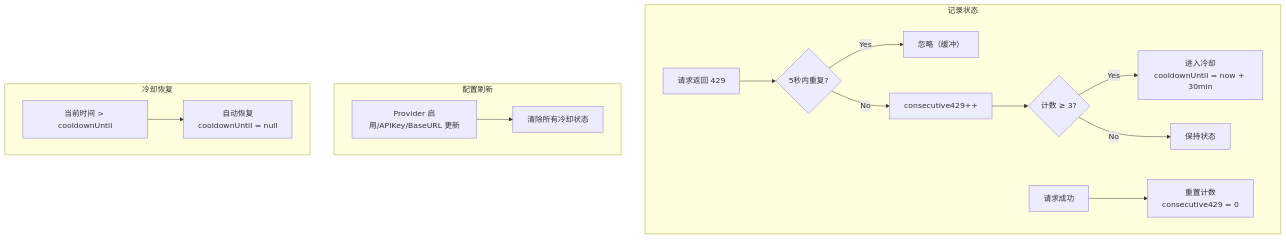
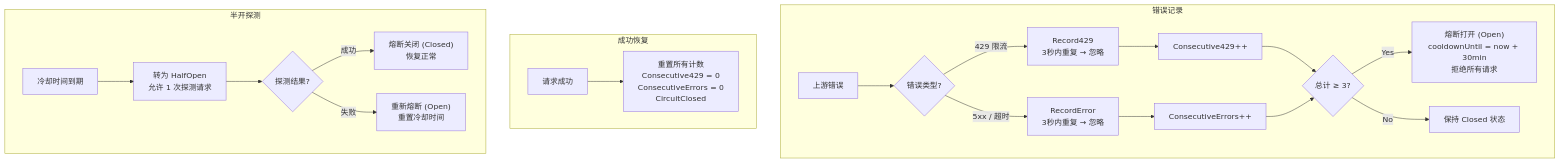
One commit to aaro-n/AI-Gateway changed the third of 4 diagrams in README.md. Above: the diagram before and after it, drawn with Mermaid. The commit also changed other lines of this file, not shown here.

First line of the commit message:
docs: fix '工作原理' diagrams to match actual code

````diff
--- a/README.md
+++ b/README.md
@@ -168,21 +163,25 @@
 ```mermaid
 flowchart TD
-    subgraph 记录状态
-        A["请求返回 429"] --> B{"5秒内重复?"}
-        B -->|"Yes"| C["忽略（缓冲）"]
-        B -->|"No"| D["consecutive429++"]
-        D --> E{"计数 ≥ 3?"}
-        E -->|"Yes"| F["进入冷却<br/>cooldownUntil = now + 30min"]
-        E -->|"No"| G["保持状态"]
-
-        H["请求成功"] --> I["重置计数<br/>consecutive429 = 0"]
+    subgraph 错误记录
+        A["上游错误"] --> A1{"错误类型?"}
+        A1 -->|"429 限流"| A2["Record429<br/>3秒内重复 → 忽略"]
+        A1 -->|"5xx / 超时"| A3["RecordError<br/>3秒内重复 → 忽略"]
+        A2 --> B["Consecutive429++"]
+        A3 --> C["ConsecutiveErrors++"]
+        B --> D{"总计 ≥ 3?"}
+        C --> D
+        D -->|"Yes"| E["熔断打开 (Open)<br/>cooldownUntil = now + 30min<br/>拒绝所有请求"]
+        D -->|"No"| G["保持 Closed 状态"]
     end
 
-    subgraph 配置刷新
-        J["Provider 启用/APIKey/BaseURL 更新"] --> K["清除所有冷却状态"]
+    subgraph 成功恢复
+        H["请求成功"] --> I["重置所有计数<br/>Consecutive429 = 0<br/>ConsecutiveErrors = 0<br/>CircuitClosed"]
     end
 
-    subgraph 冷却恢复
-        L["当前时间 > cooldownUntil"] --> M["自动恢复<br/>cooldownUntil = null"]
+    subgraph 半开探测
+        L["冷却时间到期"] --> M["转为 HalfOpen<br/>允许 1 次探测请求"]
+        M --> N{"探测结果?"}
+        N -->|"成功"| O["熔断关闭 (Closed)<br/>恢复正常"]
+        N -->|"失败"| P["重新熔断 (Open)<br/>重置冷却时间"]
     end
 ```
````
